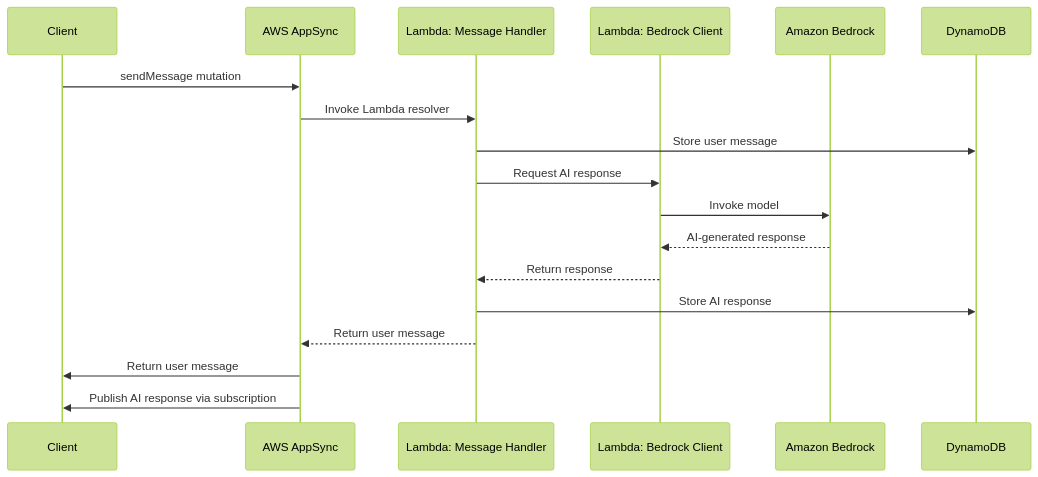
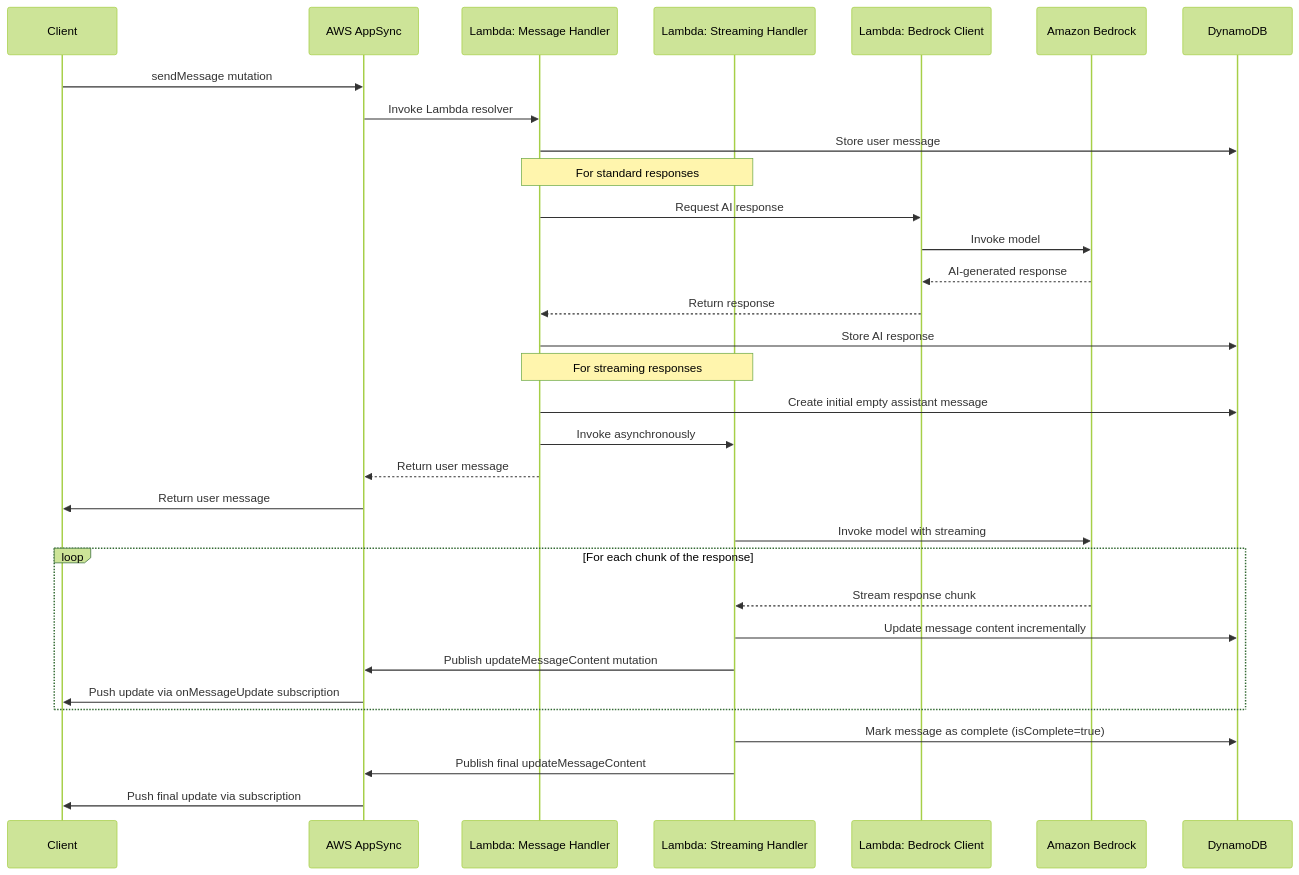
Before and after one commit to aws-samples/sample-aws-appsync-bedrock-chatbot-terraform: the second of 4 diagrams in architecture-diagram.md, drawn with Mermaid (forest theme). The commit also changed other lines of this file and 1 other file, not shown here.

First line of the commit message:
docs: add technical implementation details and fix architecture diagrams

````diff
--- a/architecture-diagram.md
+++ b/architecture-diagram.md
@@ -43,21 +51,40 @@
 ```mermaid
 sequenceDiagram
     participant Client
     participant AppSync as AWS AppSync
     participant MessageHandler as Lambda: Message Handler
+    participant StreamingHandler as Lambda: Streaming Handler
     participant BedrockClient as Lambda: Bedrock Client
     participant Bedrock as Amazon Bedrock
     participant DynamoDB
     
     Client->>AppSync: sendMessage mutation
     AppSync->>MessageHandler: Invoke Lambda resolver
     MessageHandler->>DynamoDB: Store user message
+    
+    Note over MessageHandler,StreamingHandler: For standard responses
     MessageHandler->>BedrockClient: Request AI response
     BedrockClient->>Bedrock: Invoke model
     Bedrock-->>BedrockClient: AI-generated response
     BedrockClient-->>MessageHandler: Return response
     MessageHandler->>DynamoDB: Store AI response
+    
+    Note over MessageHandler,StreamingHandler: For streaming responses
+    MessageHandler->>DynamoDB: Create initial empty assistant message
+    MessageHandler->>StreamingHandler: Invoke asynchronously
     MessageHandler-->>AppSync: Return user message
     AppSync->>Client: Return user message
-    AppSync->>Client: Publish AI response via subscription
+    
+    StreamingHandler->>Bedrock: Invoke model with streaming
+    
+    loop For each chunk of the response
+        Bedrock-->>StreamingHandler: Stream response chunk
+        StreamingHandler->>DynamoDB: Update message content incrementally
+        StreamingHandler->>AppSync: Publish updateMessageContent mutation
+        AppSync->>Client: Push update via onMessageUpdate subscription
+    end
+    
+    StreamingHandler->>DynamoDB: Mark message as complete (isComplete=true)
+    StreamingHandler->>AppSync: Publish final updateMessageContent
+    AppSync->>Client: Push final update via subscription
 ```
````
